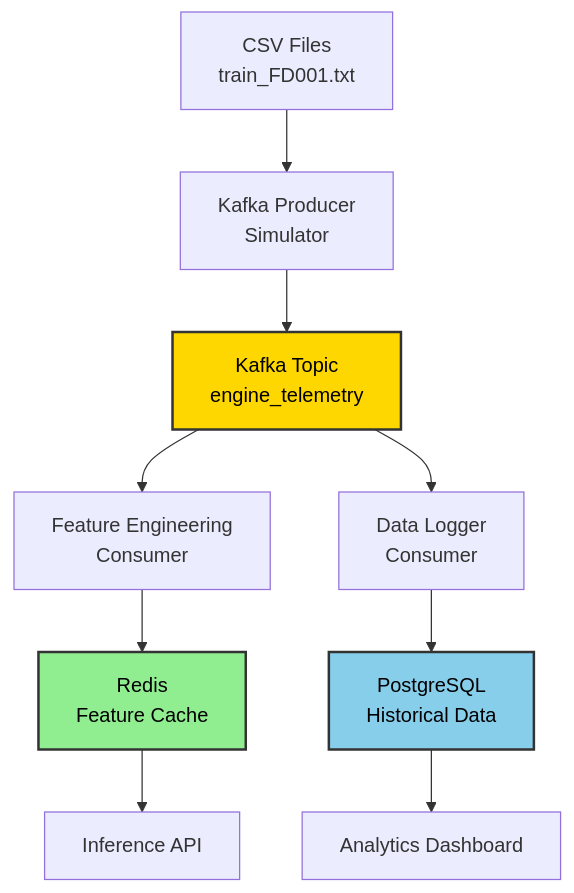
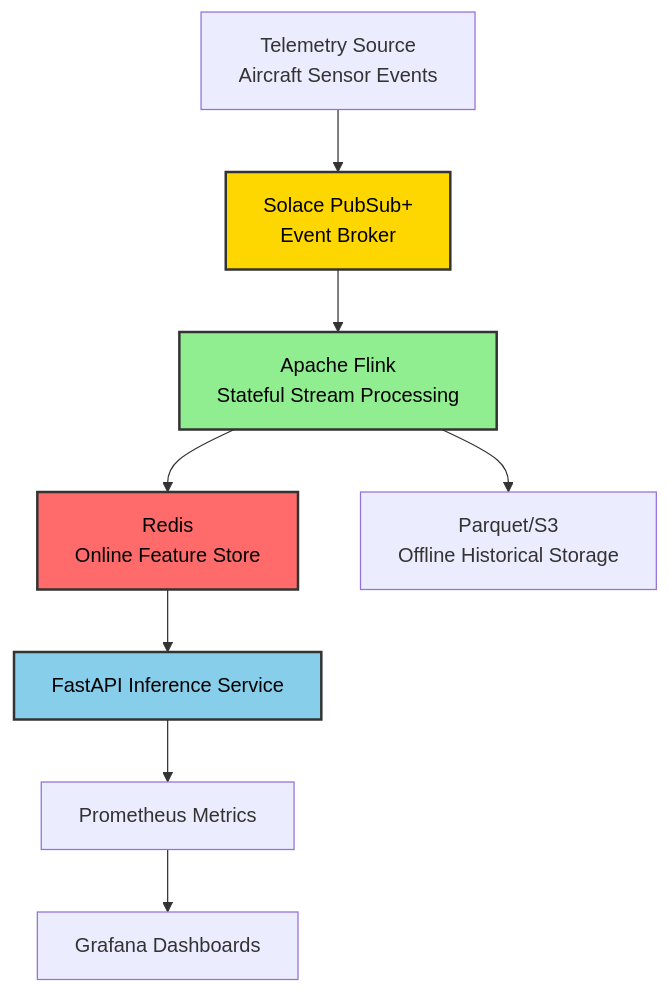
Before and after one commit to nasim-raj-laskar/Real-Time-Aircraft-Engine-Predictive-Maintenance-System: the first of 2 diagrams in docs/06_streaming_pipeline.md, drawn with Mermaid. The commit also changed other lines of this file and 2 other files, not shown here.

````diff
--- a/docs/06_streaming_pipeline.md
+++ b/docs/06_streaming_pipeline.md
@@ -7,18 +33,18 @@
 ```mermaid
 flowchart TD
-    A[CSV Files<br/>train_FD001.txt] --> B[Kafka Producer<br/>Simulator]
-    B --> C[Kafka Topic<br/>engine_telemetry]
-    
-    C --> D[Feature Engineering<br/>Consumer]
-    C --> E[Data Logger<br/>Consumer]
-    
-    D --> F[Redis<br/>Feature Cache]
-    E --> G[PostgreSQL<br/>Historical Data]
-    
-    F --> H[Inference API]
-    G --> I[Analytics Dashboard]
-    
-    style C fill:#FFD700,stroke:#333,stroke-width:2px,color:#000
-    style F fill:#90EE90,stroke:#333,stroke-width:2px,color:#000
-    style G fill:#87CEEB,stroke:#333,stroke-width:2px,color:#000
+    A[Telemetry Source<br/>Aircraft Sensor Events] --> B[Solace PubSub+<br/>Event Broker]
+    B --> C[Apache Flink<br/>Stateful Stream Processing]
+
+    C --> D[Redis<br/>Online Feature Store]
+    C --> E[Parquet/S3<br/>Offline Historical Storage]
+
+    D --> F[FastAPI Inference Service]
+
+    F --> G[Prometheus Metrics]
+    G --> H[Grafana Dashboards]
+
+    style B fill:#FFD700,stroke:#333,stroke-width:2px,color:#000
+    style C fill:#90EE90,stroke:#333,stroke-width:2px,color:#000
+    style D fill:#FF6B6B,stroke:#333,stroke-width:2px,color:#000
+    style F fill:#87CEEB,stroke:#333,stroke-width:2px,color:#000
 ```
````
